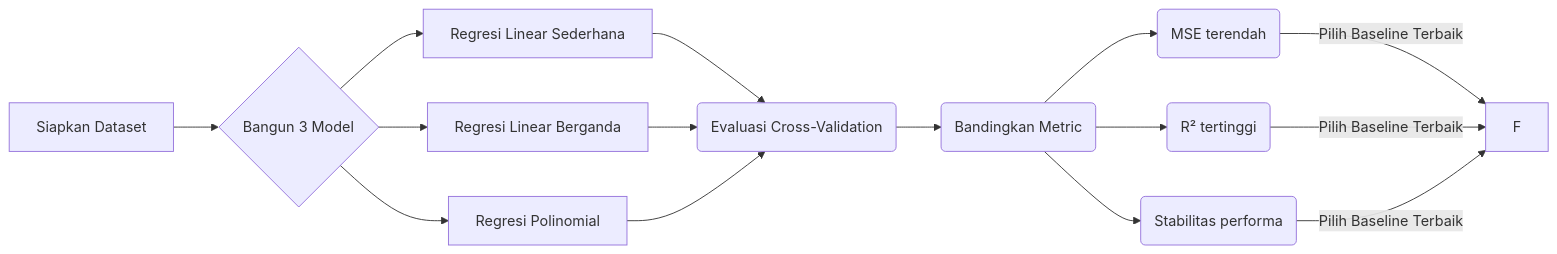
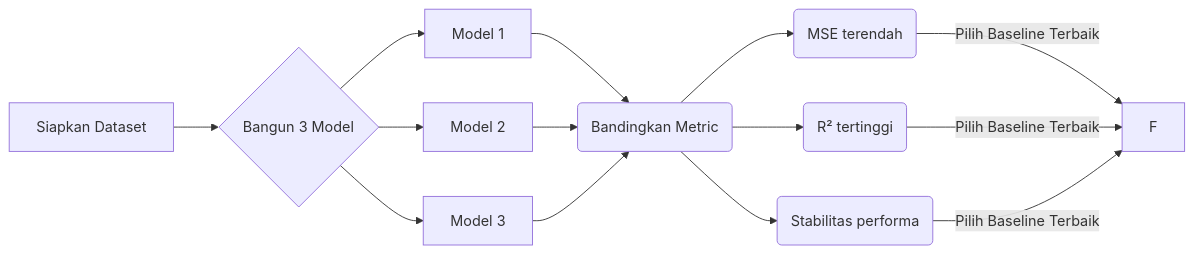
One commit to AkbarArsanata/Analisis-Freelancer changed the second of 3 diagrams in README.md. Above: the diagram before and after it, drawn with Mermaid.

````diff
--- a/README.md
+++ b/README.md
@@ -127,21 +127,19 @@
 ```mermaid
 graph LR
   A[Siapkan Dataset] --> B{Bangun 3 Model}
-  B --> B1[Regresi Linear Sederhana]
-  B --> B2[Regresi Linear Berganda] 
-  B --> B3[Regresi Polinomial]
+  B --> B1[Model 1]
+  B --> B2[Model 2] 
+  B --> B3[Model 3]
 
-  B1-->C(Evaluasi Cross-Validation)
-  B2-->C 
-  B3-->C
-
-  C-->D(Bandingkan Metric)
+  B1-->D(Bandingkan Metric)
+  B2-->D
+  B3-->D
   
   D-->E1(MSE terendah)
   D-->E2(R² tertinggi)
   D-->E3(Stabilitas performa)
 
    E1-->|Pilih Baseline Terbaik|F 
    E2-->|Pilih Baseline Terbaik|F 
    E3-->|Pilih Baseline Terbaik|F
 ```
````
